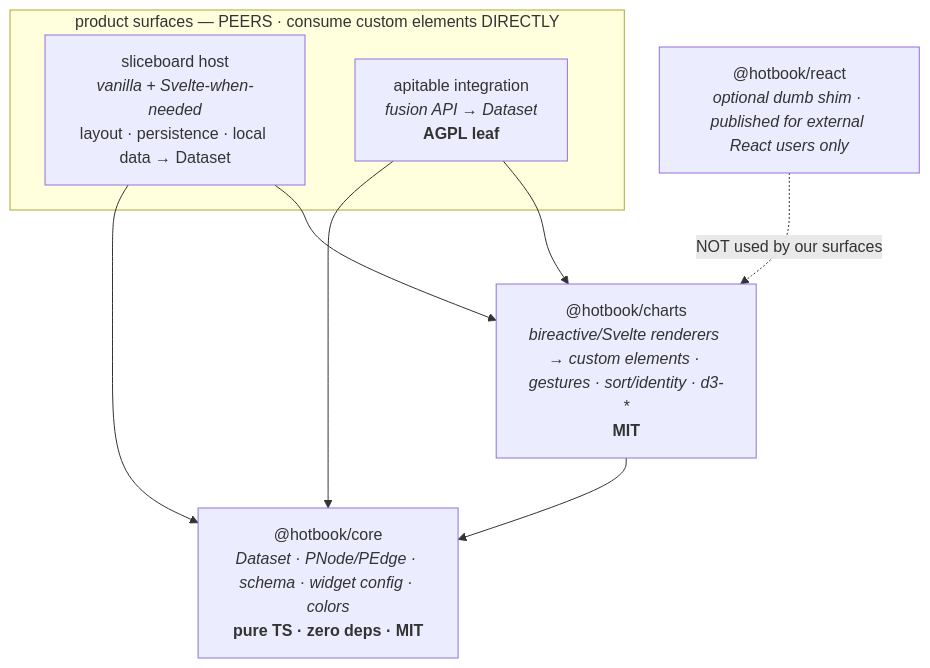
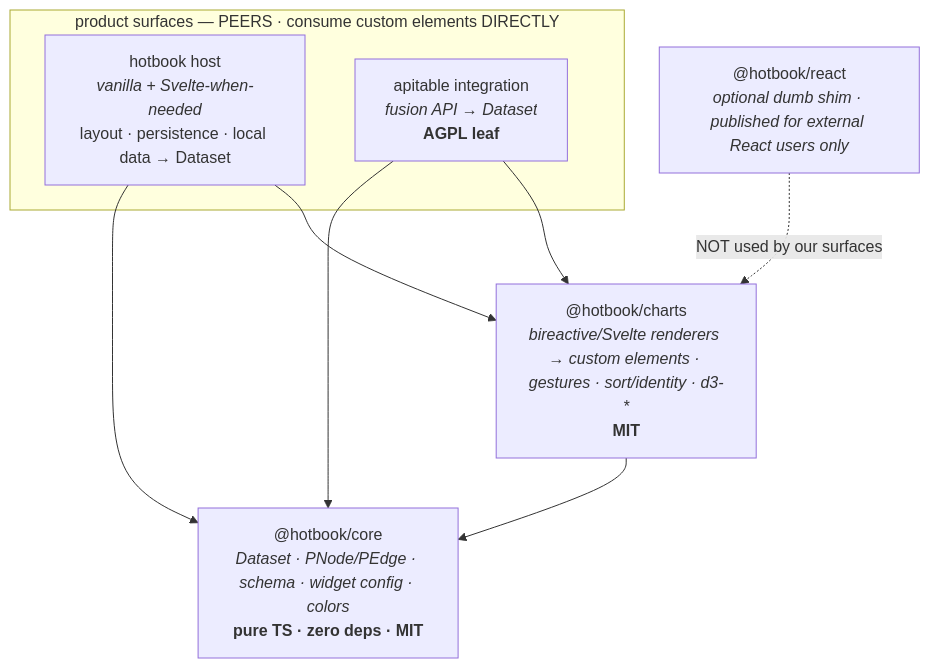
The second of 2 diagrams in wiki/dependencies.md (WinstonFassett/hotbook), drawn with Mermaid before and after one commit. The commit also changed other lines of this file and 43 other files, not shown here.

Commit message:
chore: Rename sliceboard to hotbook throughout codebase

````diff
--- a/wiki/dependencies.md
+++ b/wiki/dependencies.md
@@ -122,18 +122,18 @@
 ```mermaid
 graph TD
   tcore["@hotbook/core<br/><i>Dataset · PNode/PEdge · schema · widget config · colors</i><br/><b>pure TS · zero deps · MIT</b>"]
   tcharts["@hotbook/charts<br/><i>bireactive/Svelte renderers → custom elements · gestures · sort/identity · d3-*</i><br/><b>MIT</b>"]
   tcharts --> tcore
 
   subgraph surfaces["product surfaces — PEERS · consume custom elements DIRECTLY"]
-    tslice["sliceboard host<br/><i>vanilla + Svelte-when-needed</i><br/>layout · persistence · local data → Dataset"]
+    tslice["hotbook host<br/><i>vanilla + Svelte-when-needed</i><br/>layout · persistence · local data → Dataset"]
     tapit["apitable integration<br/><i>fusion API → Dataset</i><br/><b>AGPL leaf</b>"]
   end
   tslice --> tcharts
   tslice --> tcore
   tapit --> tcharts
   tapit --> tcore
 
   treact["@hotbook/react<br/><i>optional dumb shim · published for external React users only</i>"]
   treact -.->|"NOT used by our surfaces"| tcharts
 ```
````
